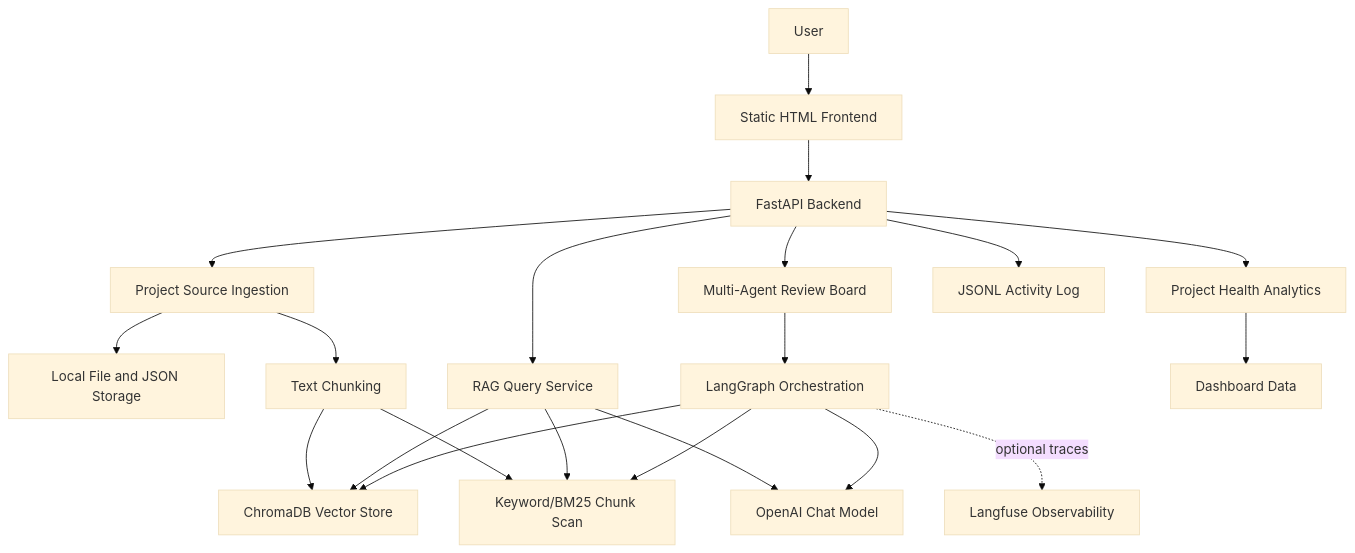
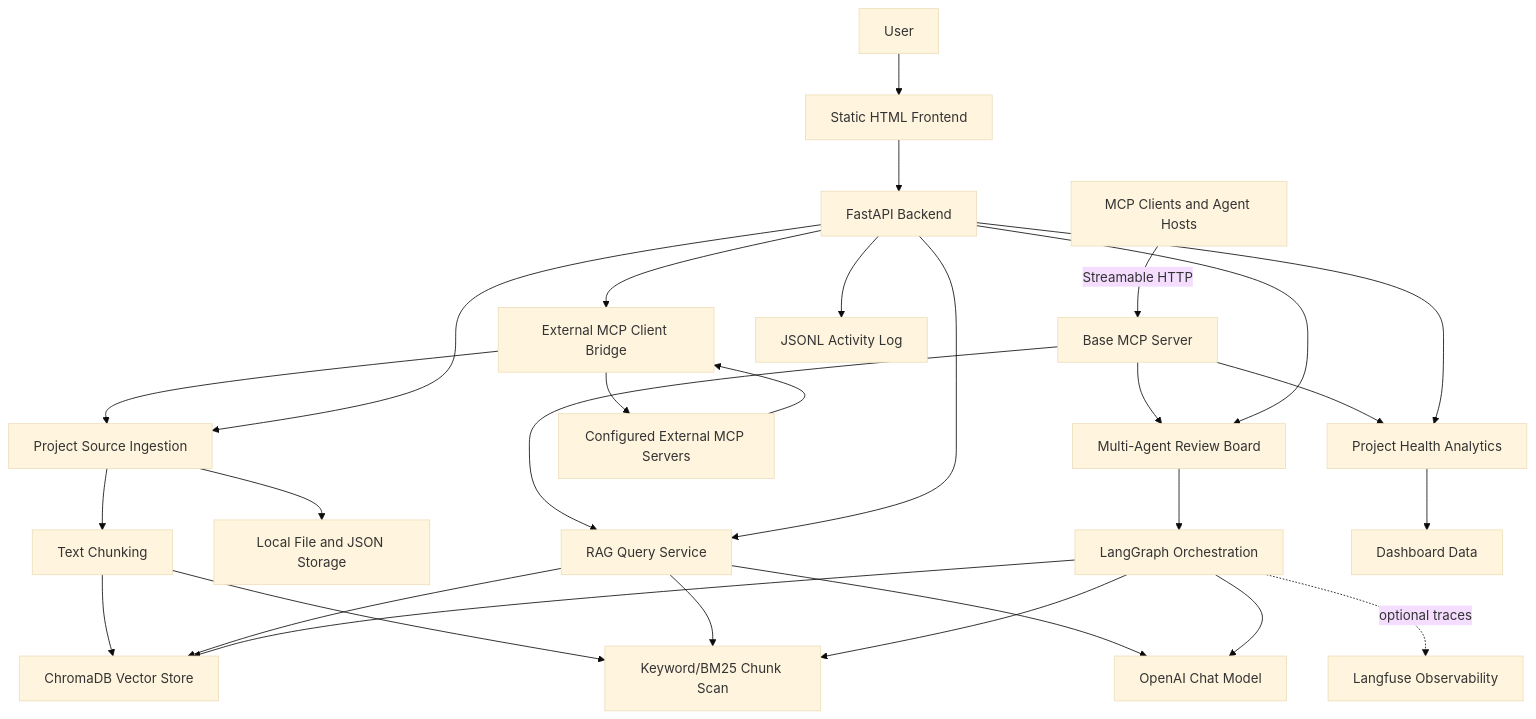
Before and after one commit to PranayRudra-3107/Base: the second of 3 diagrams in README.md, drawn with Mermaid (base theme). The commit also changed other lines of this file and 14 other files, not shown here.

````diff
--- a/README.md
+++ b/README.md
@@ -172,23 +298,31 @@
 ```mermaid
 graph TD
   User[User] --> Frontend[Static HTML Frontend]
   Frontend --> API[FastAPI Backend]
+  MCPClient[MCP Clients and Agent Hosts] -->|Streamable HTTP| BaseMCP[Base MCP Server]
+  BaseMCP --> RAG
+  BaseMCP --> Analytics
+  BaseMCP --> ReviewBoard
+  API --> MCPBridge[External MCP Client Bridge]
+  MCPBridge --> ExternalMCP[Configured External MCP Servers]
+  ExternalMCP --> MCPBridge
+  MCPBridge --> Ingest
   API --> Ingest[Project Source Ingestion]
   Ingest --> Storage[Local File and JSON Storage]
   Ingest --> Chunks[Text Chunking]
   Chunks --> VectorDB[ChromaDB Vector Store]
   Chunks --> Keyword[Keyword/BM25 Chunk Scan]
   API --> RAG[RAG Query Service]
   RAG --> VectorDB
   RAG --> Keyword
   RAG --> OpenAI[OpenAI Chat Model]
   API --> ReviewBoard[Multi-Agent Review Board]
   ReviewBoard --> LangGraph[LangGraph Orchestration]
   LangGraph --> VectorDB
   LangGraph --> Keyword
   LangGraph --> OpenAI
   LangGraph -. optional traces .-> Langfuse[Langfuse Observability]
   API --> Analytics[Project Health Analytics]
   Analytics --> Dashboard[Dashboard Data]
   API --> ActivityLog[JSONL Activity Log]
 ```
````
